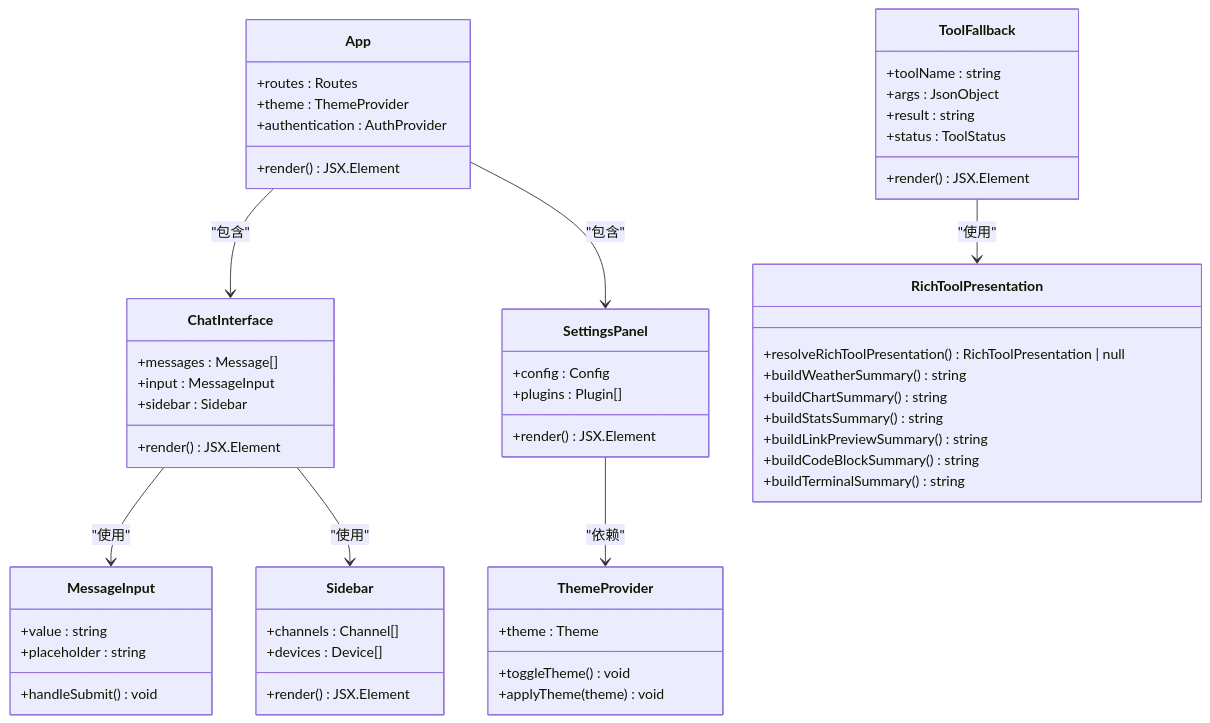
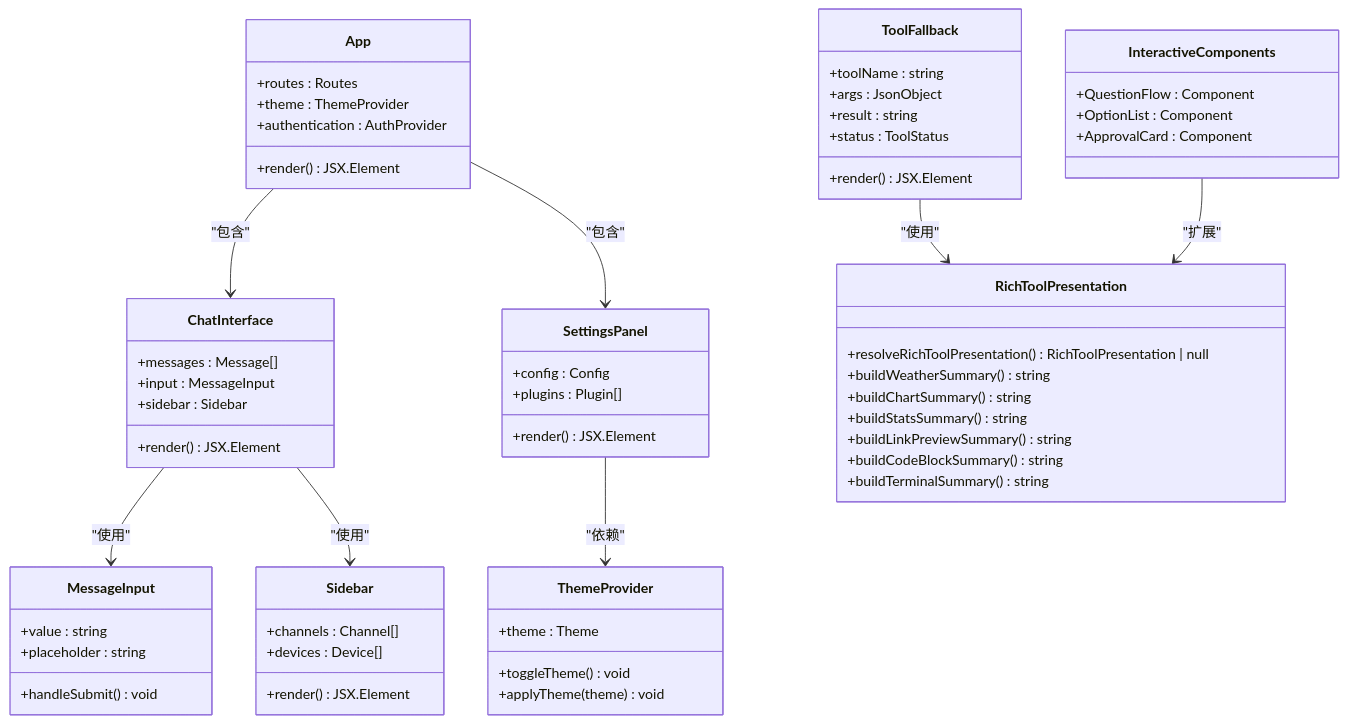
Before and after one commit to verse-ai-org/openclaw: diagram 18 of 19 in .qoder/repowiki/zh/content/Web界面/UI组件系统/工具UI组件/富工具UI基础设施.md, drawn with Mermaid. The commit also changed other lines of this file and 11 other files, not shown here.

````diff
--- a/.qoder/repowiki/zh/content/Web界面/UI组件系统/工具UI组件/富工具UI基础设施.md
+++ b/.qoder/repowiki/zh/content/Web界面/UI组件系统/工具UI组件/富工具UI基础设施.md
@@ -614,57 +868,63 @@
 ```mermaid
 classDiagram
 class App {
 +routes : Routes
 +theme : ThemeProvider
 +authentication : AuthProvider
 +render() JSX.Element
 }
 class ChatInterface {
 +messages : Message[]
 +input : MessageInput
 +sidebar : Sidebar
 +render() JSX.Element
 }
 class SettingsPanel {
 +config : Config
 +plugins : Plugin[]
 +render() JSX.Element
 }
 class MessageInput {
 +value : string
 +placeholder : string
 +handleSubmit() void
 }
 class Sidebar {
 +channels : Channel[]
 +devices : Device[]
 +render() JSX.Element
 }
 class ThemeProvider {
 +theme : Theme
 +toggleTheme() void
 +applyTheme(theme) void
 }
 class ToolFallback {
 +toolName : string
 +args : JsonObject
 +result : string
 +status : ToolStatus
 +render() JSX.Element
 }
 class RichToolPresentation {
 +resolveRichToolPresentation() RichToolPresentation | null
 +buildWeatherSummary() string
 +buildChartSummary() string
 +buildStatsSummary() string
 +buildLinkPreviewSummary() string
 +buildCodeBlockSummary() string
 +buildTerminalSummary() string
 }
+class InteractiveComponents {
++QuestionFlow : Component
++OptionList : Component
++ApprovalCard : Component
+}
 App --> ChatInterface : "包含"
 App --> SettingsPanel : "包含"
 ChatInterface --> MessageInput : "使用"
 ChatInterface --> Sidebar : "使用"
 SettingsPanel --> ThemeProvider : "依赖"
 ToolFallback --> RichToolPresentation : "使用"
+InteractiveComponents --> RichToolPresentation : "扩展"
 ```
````
